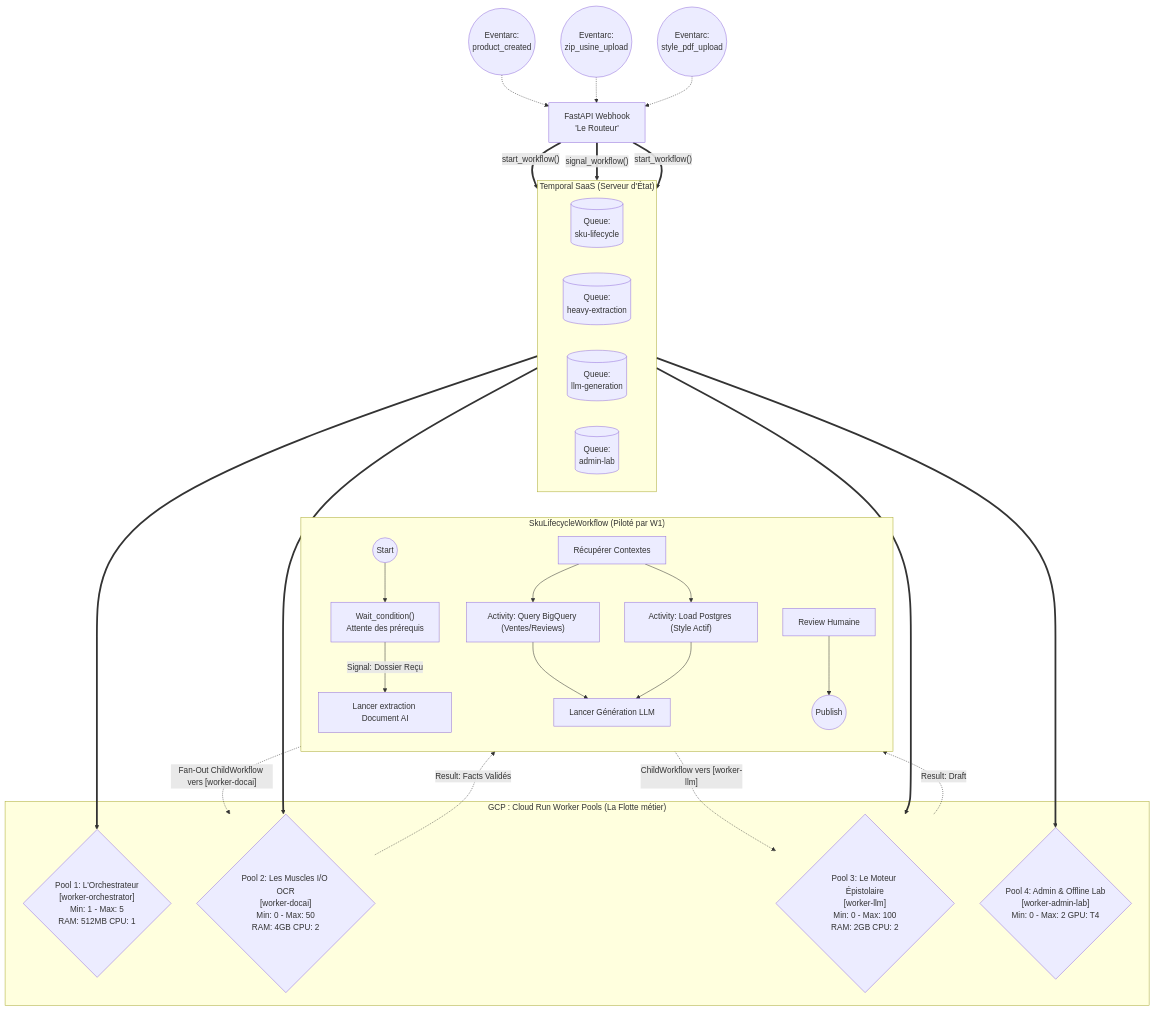
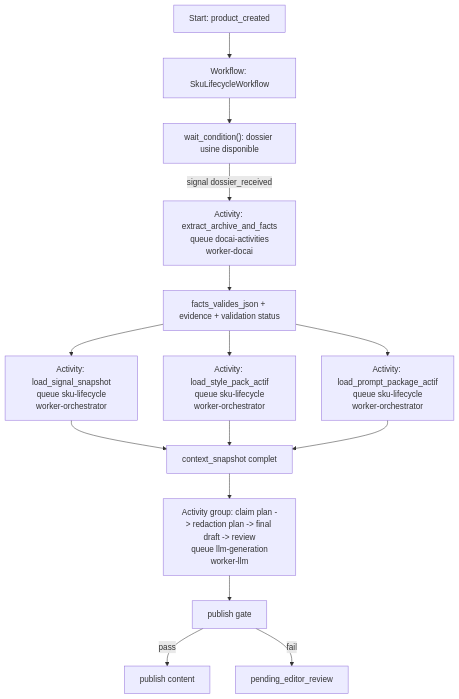
One commit to floriansollami/factory-writer changed the second of 3 diagrams in docs/ARCHITECTURE_SOTA_2026.md. Above: the diagram before and after it, drawn with Mermaid. The commit also changed other lines of this file and 72 other files, not shown here.

Commit message:
chore: refactor python codebase to factory_writer package, deploy.yml matrix matrix setup for worker pools, config updates

````diff
--- a/docs/ARCHITECTURE_SOTA_2026.md
+++ b/docs/ARCHITECTURE_SOTA_2026.md
@@ -26,54 +228,21 @@
 ```mermaid
 flowchart TD
-    %% EXTERNAL TRIGGERS
-    E1((Eventarc:<br/>product_created)) -.-> WEB[FastAPI Webhook<br/>'Le Routeur']
-    E2((Eventarc:<br/>zip_usine_upload)) -.-> WEB
-    E3((Eventarc:<br/>style_pdf_upload)) -.-> WEB
+    A["Start: product_created"] --> B["Workflow: SkuLifecycleWorkflow"]
+    B --> C["wait_condition(): dossier usine disponible"]
 
-    subgraph Temporal ["Temporal SaaS (Serveur d'État)"]
-        direction LR
-        Q1[(Queue: <br/>sku-lifecycle)]
-        Q2[(Queue: <br/>heavy-extraction)]
-        Q3[(Queue: <br/>llm-generation)]
-        Q4[(Queue: <br/>admin-lab)]
-    end
+    C -->|"signal dossier_received"| D["Activity: extract_archive_and_facts<br/>queue docai-activities<br/>worker-docai"]
+    D --> E["facts_valides_json + evidence + validation status"]
 
-    WEB ==>|"start_workflow()"| Q1
-    WEB ==>|"signal_workflow()"| Q1
-    WEB ==>|"start_workflow()"| Q4
+    E --> F["Activity: load_signal_snapshot<br/>queue sku-lifecycle<br/>worker-orchestrator"]
+    E --> G["Activity: load_style_pack_actif<br/>queue sku-lifecycle<br/>worker-orchestrator"]
+    E --> H["Activity: load_prompt_package_actif<br/>queue sku-lifecycle<br/>worker-orchestrator"]
 
-    subgraph Workers ["GCP : Cloud Run Worker Pools (La Flotte métier)"]
-        W1{"Pool 1: L'Orchestrateur<br/>[worker-orchestrator]<br/>Min: 1 - Max: 5<br/>RAM: 512MB CPU: 1"}
-        W2{"Pool 2: Les Muscles I/O OCR<br/>[worker-docai]<br/>Min: 0 - Max: 50<br/>RAM: 4GB CPU: 2"}
-        W3{"Pool 3: Le Moteur Épistolaire<br/>[worker-llm]<br/>Min: 0 - Max: 100<br/>RAM: 2GB CPU: 2"}
-        W4{"Pool 4: Admin & Offline Lab<br/>[worker-admin-lab]<br/>Min: 0 - Max: 2 GPU: T4"}
-    end
+    F --> I["context_snapshot complet"]
+    G --> I
+    H --> I
 
-    %% Routing
-    Q1 ===> W1
-    Q2 ===> W2
-    Q3 ===> W3
-    Q4 ===> W4
-
-    %% Workflow Entity Logic (Inside W1)
-    subgraph W1_Logic ["SkuLifecycleWorkflow (Piloté par W1)"]
-        direction TB
-        S1((Start)) --> S2["Wait_condition() <br/> Attente des prérequis"]
-        
-        S2 -->|"Signal: Dossier Reçu"| S3["Lancer extraction Document AI"]
-        
-        S3 -.->|"Fan-Out ChildWorkflow vers [worker-docai]"| W2
-        W2 -.->|"Result: Facts Validés"| S4
-        
-        S4["Récupérer Contextes"] --> S4_A["Activity: Query BigQuery (Ventes/Reviews)"]
-        S4 --> S4_B["Activity: Load Postgres (Style Actif)"]
-
-        S4_A --> S5
-        S4_B --> S5
-
-        S5["Lancer Génération LLM"] -.->|"ChildWorkflow vers [worker-llm]"| W3
-        W3 -.->|"Result: Draft"| S6
-        
-        S6["Review Humaine"] --> S7((Publish))
-    end
+    I --> J["Activity group: claim plan -> redaction plan -> final draft -> review<br/>queue llm-generation<br/>worker-llm"]
+    J --> K["publish gate"]
+    K -->|"pass"| L["publish content"]
+    K -->|"fail"| M["pending_editor_review"]
 ```
````
